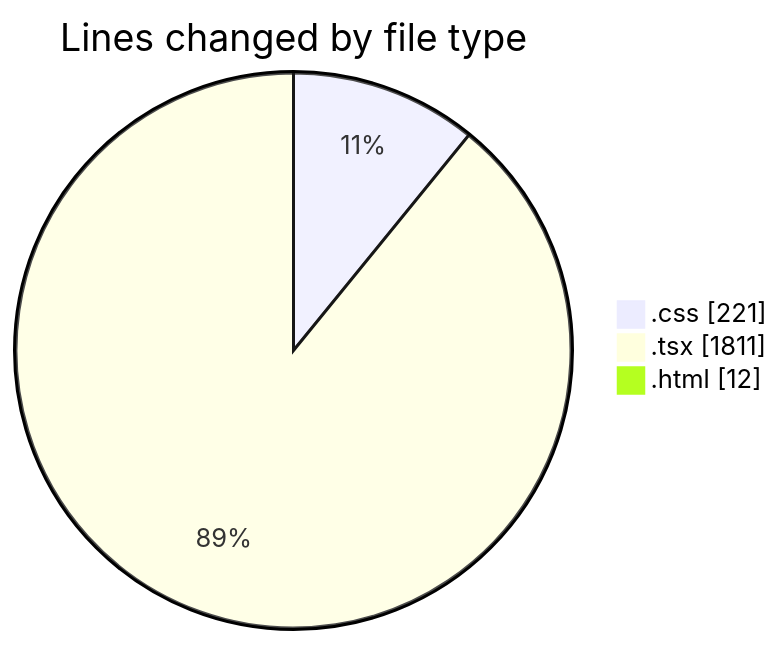
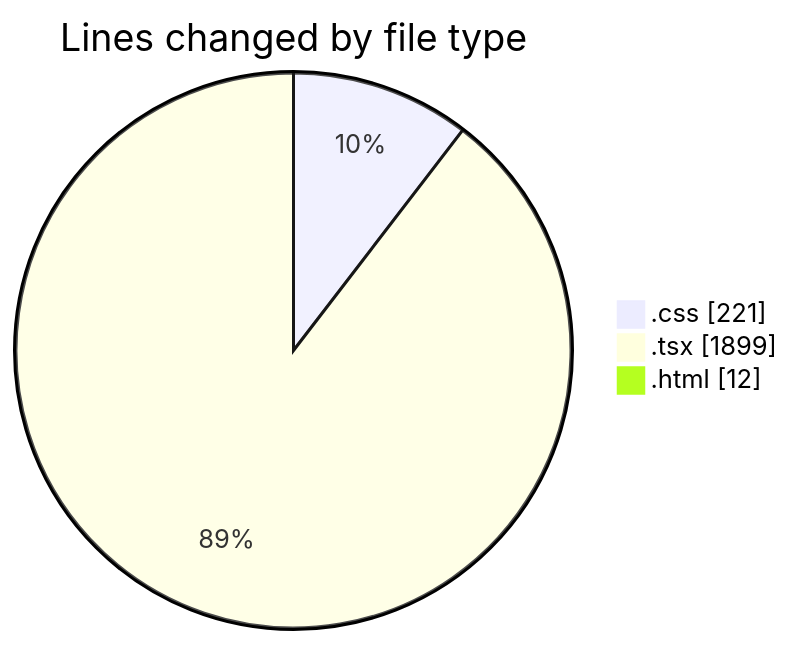
Before and after one commit to Elitesun/code-tracking: the first of 2 diagrams in 2025-03-29/binarysec/README.md, drawn with Mermaid. The commit also changed other lines of this file and 1 other file, not shown here.

````diff
--- a/2025-03-29/binarysec/README.md
+++ b/2025-03-29/binarysec/README.md
@@ -32,7 +32,7 @@
 ```mermaid
 pie showData
 title Lines changed by file type
 ".css" : 221
-".tsx" : 1811
+".tsx" : 1899
 ".html" : 12
 ```
````
